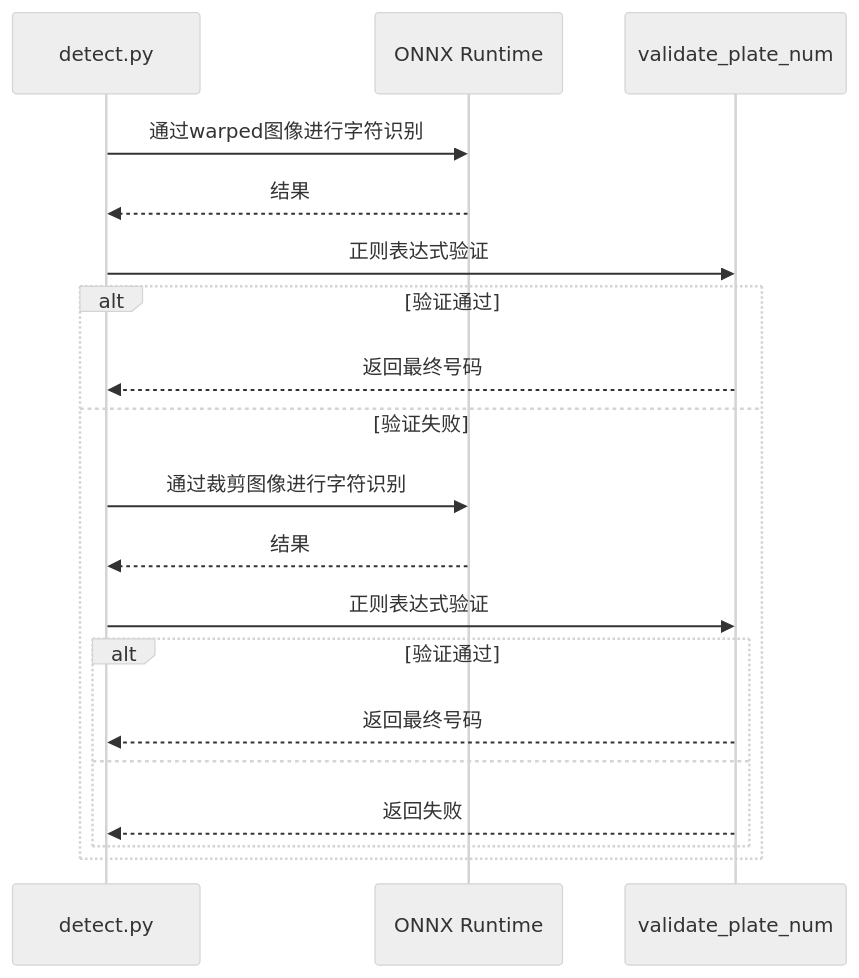
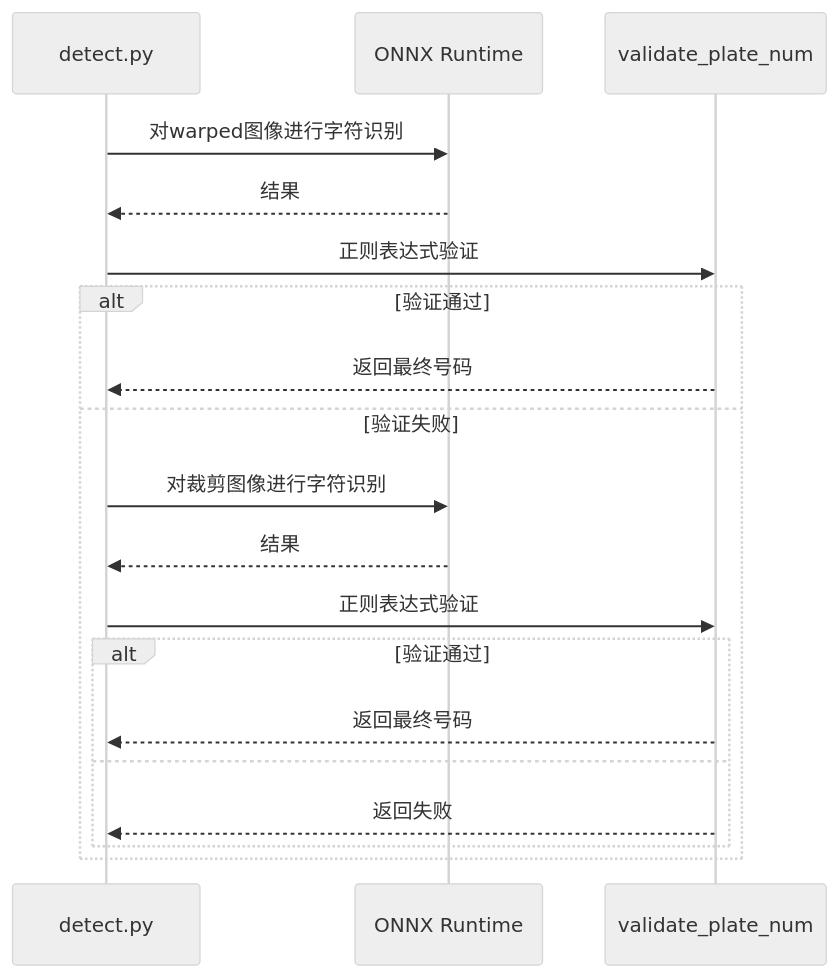
One commit to mandacode-labs/mandacode-devs changed the second of 2 diagrams in src/content/blog/zh/korean-license-plate-deep-dive.md. Above: the diagram before and after it, drawn with Mermaid (neutral theme). The commit also changed other lines of this file and 30 other files, not shown here.

````diff
--- a/src/content/blog/zh/korean-license-plate-deep-dive.md
+++ b/src/content/blog/zh/korean-license-plate-deep-dive.md
@@ -96,23 +96,23 @@
 ```mermaid
 sequenceDiagram
     participant Detect as detect.py
     participant ONNX as ONNX Runtime
     participant Validate as validate_plate_num
 
-    Detect->>ONNX: 通过warped图像进行字符识别
+    Detect->>ONNX: 对warped图像进行字符识别
     ONNX-->>Detect: 结果
     Detect->>Validate: 正则表达式验证
 
     alt 验证通过
         Validate-->>Detect: 返回最终号码
     else 验证失败
-        Detect->>ONNX: 通过裁剪图像进行字符识别
+        Detect->>ONNX: 对裁剪图像进行字符识别
         ONNX-->>Detect: 结果
         Detect->>Validate: 正则表达式验证
         alt 验证通过
             Validate-->>Detect: 返回最终号码
         else
             Validate-->>Detect: 返回失败
         end
     end
 ```
````
